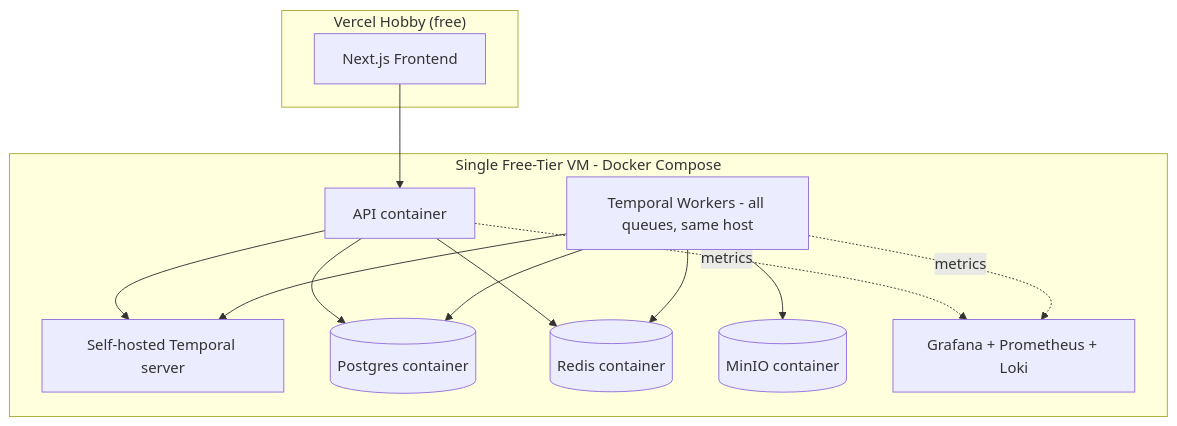
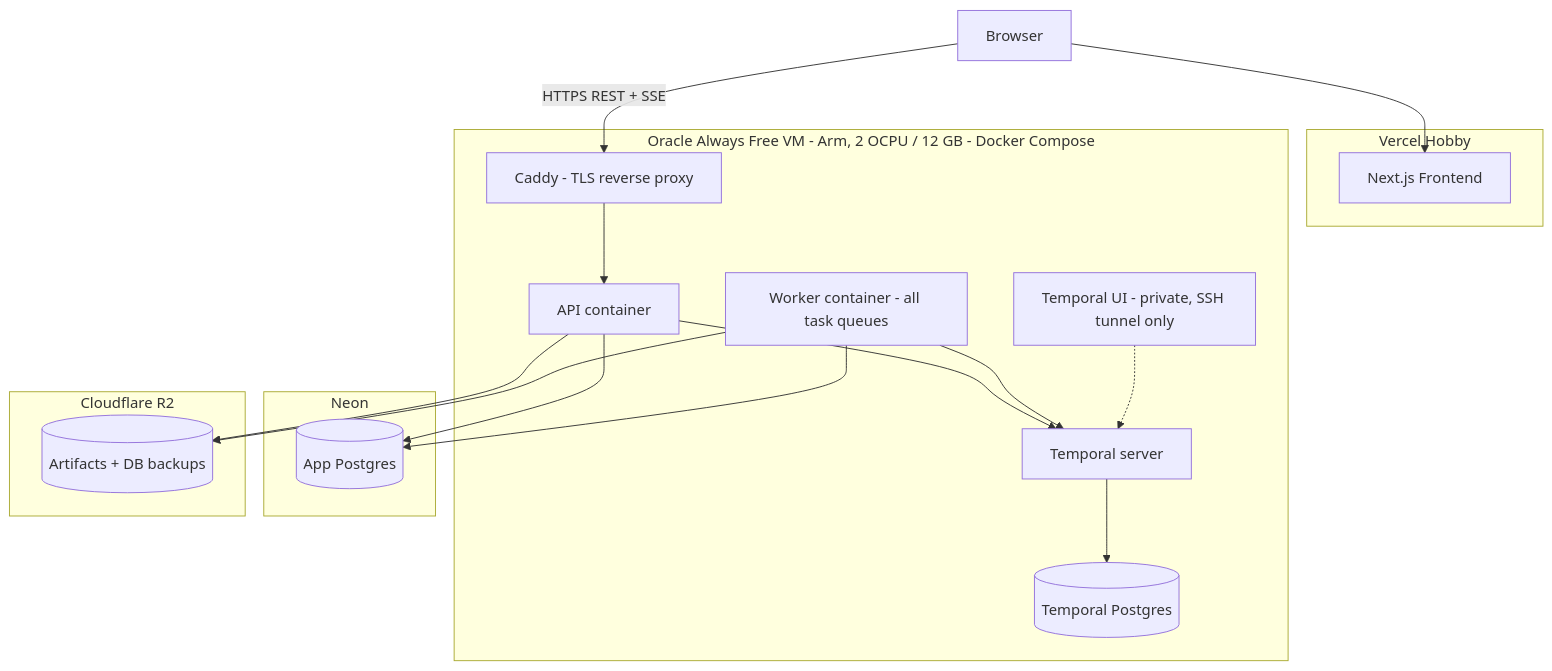
One commit to WillyPhan06/e2ecg changed the third of 3 diagrams in ARCHITECTURE.md. Above: the diagram before and after it, drawn with Mermaid. The commit also changed other lines of this file and 2 other files, not shown here.

Commit message:
Updated to lower scope from 2 mode deployment to only free/limited deploy approach

````diff
--- a/ARCHITECTURE.md
+++ b/ARCHITECTURE.md
@@ -529,25 +629,31 @@
 ```mermaid
 graph TB
-    subgraph "Vercel Hobby (free)"
+    subgraph "Vercel Hobby"
         FE[Next.js Frontend]
     end
-    subgraph "Single Free-Tier VM - Docker Compose"
+    subgraph "Oracle Always Free VM - Arm, 2 OCPU / 12 GB - Docker Compose"
+        CD[Caddy - TLS reverse proxy]
         API[API container]
-        TW[Temporal Workers - all queues, same host]
-        TS[Self-hosted Temporal server]
-        PG[(Postgres container)]
-        RD[(Redis container)]
-        MO[(MinIO container)]
-        OB[Grafana + Prometheus + Loki]
+        WK[Worker container - all task queues]
+        TS[Temporal server]
+        TPG[(Temporal Postgres)]
+        TUI[Temporal UI - private, SSH tunnel only]
     end
-    FE --> API
-    API --> PG
-    API --> RD
+    subgraph "Neon"
+        NPG[(App Postgres)]
+    end
+    subgraph "Cloudflare R2"
+        R2[(Artifacts + DB backups)]
+    end
+    U[Browser] --> FE
+    U -->|HTTPS REST + SSE| CD
+    CD --> API
+    API --> NPG
+    API --> R2
     API --> TS
-    TW --> TS
-    TW --> PG
-    TW --> MO
-    TW --> RD
-    API -.metrics.-> OB
-    TW -.metrics.-> OB
+    WK --> TS
+    TS --> TPG
+    WK --> NPG
+    WK --> R2
+    TUI -.-> TS
 ```
````
